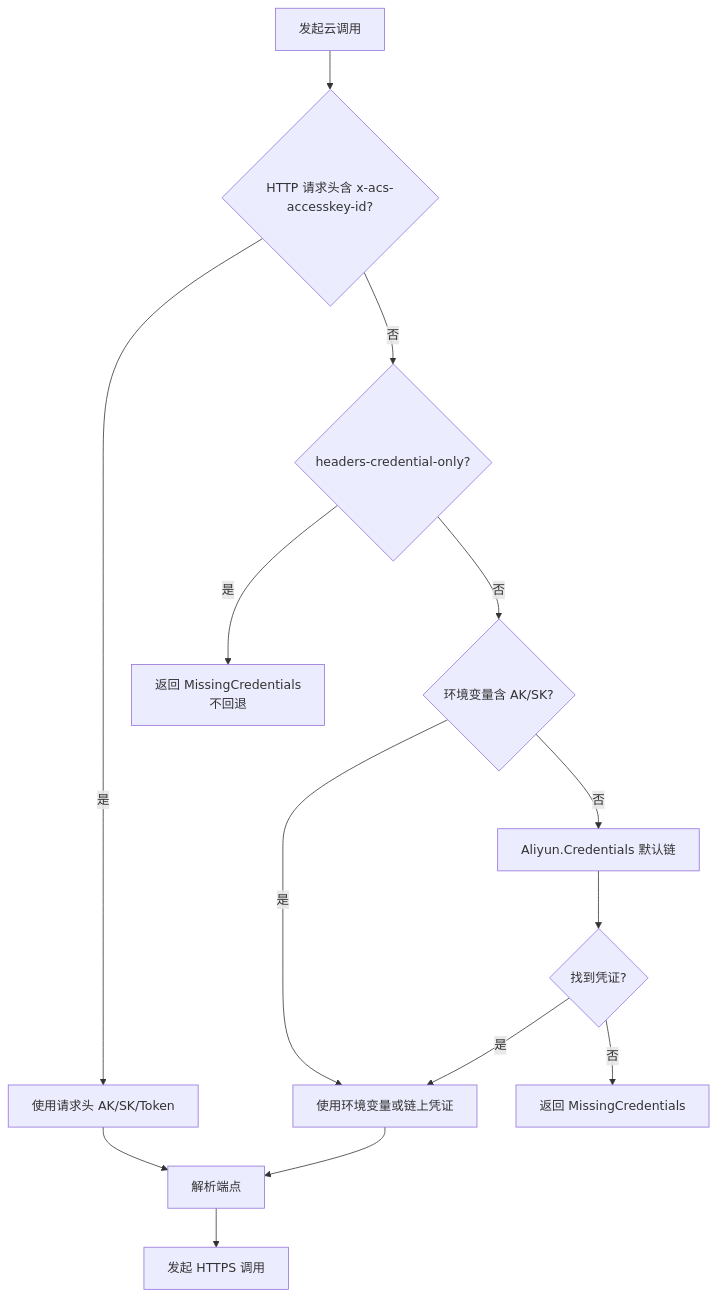
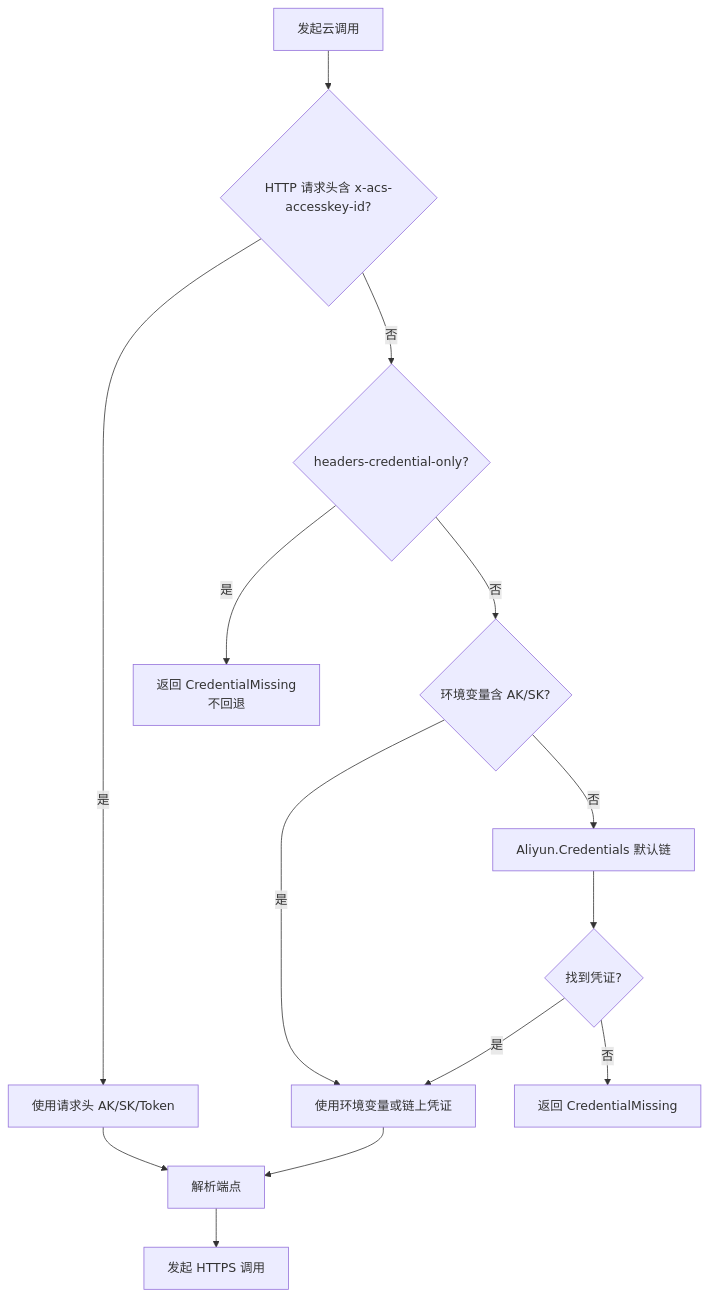
Before and after one commit to bambuo/alibaba-cloud-ops-mcp-server-cs: the first of 3 diagrams in docs/流程/03-凭证与端点解析-v1.md, drawn with Mermaid. The commit also changed other lines of this file and 43 other files, not shown here.

````diff
--- a/docs/流程/03-凭证与端点解析-v1.md
+++ b/docs/流程/03-凭证与端点解析-v1.md
@@ -25,16 +25,16 @@
 ```mermaid
 flowchart TD
     A[发起云调用] --> B{HTTP 请求头含 x-acs-accesskey-id?}
     B -->|是| C[使用请求头 AK/SK/Token]
     B -->|否| D{headers-credential-only?}
-    D -->|是| E[返回 MissingCredentials<br/>不回退]
+    D -->|是| E[返回 CredentialMissing<br/>不回退]
     D -->|否| F{环境变量含 AK/SK?}
     F -->|是| H
     F -->|否| F2[Aliyun.Credentials 默认链]
     F2 --> G{找到凭证?}
     G -->|是| H[使用环境变量或链上凭证]
-    G -->|否| I[返回 MissingCredentials]
+    G -->|否| I[返回 CredentialMissing]
     C --> J[解析端点]
     H --> J
     J --> K[发起 HTTPS 调用]
 ```
````
